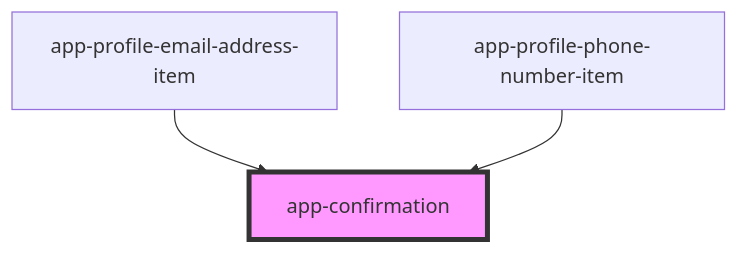
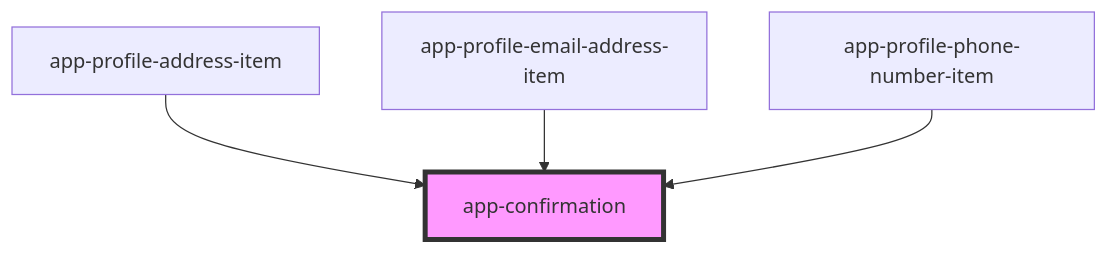
The diagram in iconeventnetwork-web/src/components/app-confirmation/readme.md (lokheed/IconEventNetwork.Web), drawn with Mermaid before and after one commit. The commit also changed other lines of this file and 21 other files, not shown here.

````diff
--- a/iconeventnetwork-web/src/components/app-confirmation/readme.md
+++ b/iconeventnetwork-web/src/components/app-confirmation/readme.md
@@ -33,6 +34,7 @@
 ```mermaid
 graph TD;
+  app-profile-address-item --> app-confirmation
   app-profile-email-address-item --> app-confirmation
   app-profile-phone-number-item --> app-confirmation
   style app-confirmation fill:#f9f,stroke:#333,stroke-width:4px
 ```
````
